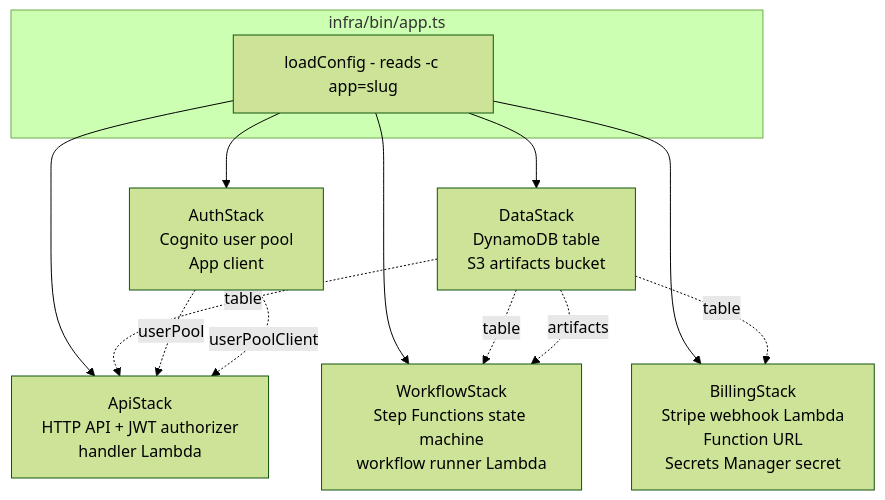
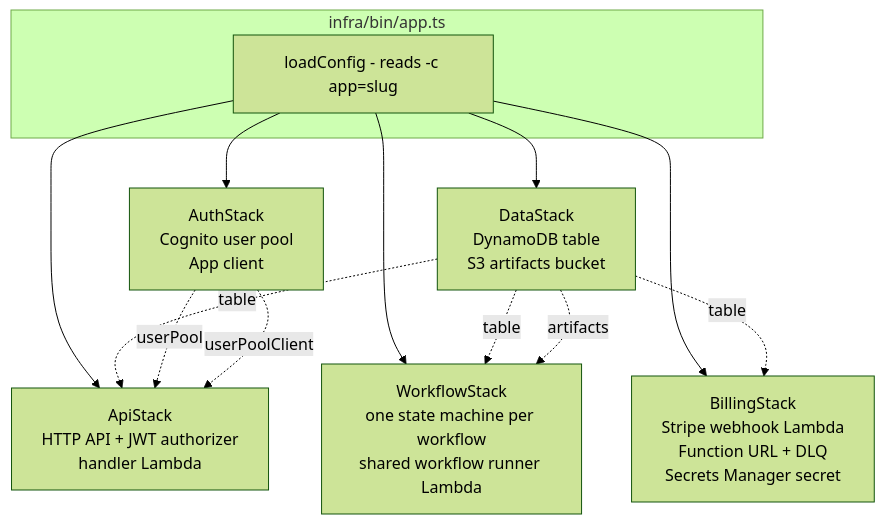
One commit to ford-at-home/ai-saas-blueprint changed the first of 6 diagrams in docs/architecture.md. Above: the diagram before and after it, drawn with Mermaid (forest theme). The commit also changed other lines of this file and 29 other files, not shown here.

````diff
--- a/docs/architecture.md
+++ b/docs/architecture.md
@@ -26,19 +26,19 @@
 ```mermaid
 graph TB
     subgraph "infra/bin/app.ts"
         Config[loadConfig - reads -c app=slug]
     end
 
     Config --> DataStack[DataStack<br/>DynamoDB table<br/>S3 artifacts bucket]
     Config --> AuthStack[AuthStack<br/>Cognito user pool<br/>App client]
     Config --> ApiStack[ApiStack<br/>HTTP API + JWT authorizer<br/>handler Lambda]
-    Config --> WorkflowStack[WorkflowStack<br/>Step Functions state machine<br/>workflow runner Lambda]
-    Config --> BillingStack[BillingStack<br/>Stripe webhook Lambda<br/>Function URL<br/>Secrets Manager secret]
+    Config --> WorkflowStack[WorkflowStack<br/>one state machine per workflow<br/>shared workflow runner Lambda]
+    Config --> BillingStack[BillingStack<br/>Stripe webhook Lambda<br/>Function URL + DLQ<br/>Secrets Manager secret]
 
     DataStack -.table.-> ApiStack
     DataStack -.table.-> WorkflowStack
     DataStack -.table.-> BillingStack
     DataStack -.artifacts.-> WorkflowStack
     AuthStack -.userPool.-> ApiStack
     AuthStack -.userPoolClient.-> ApiStack
 ```
````
